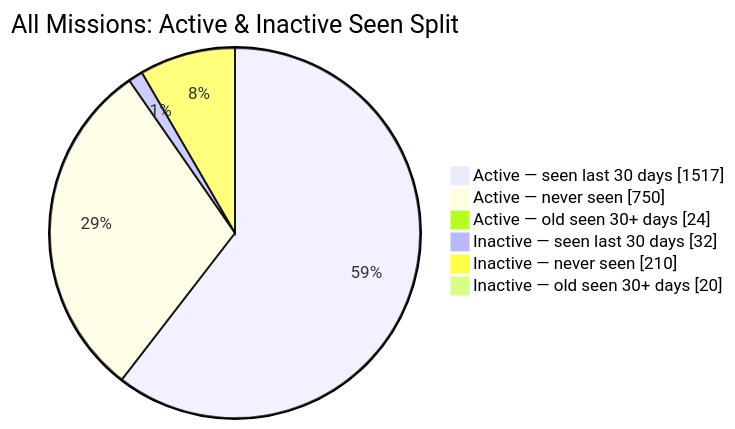
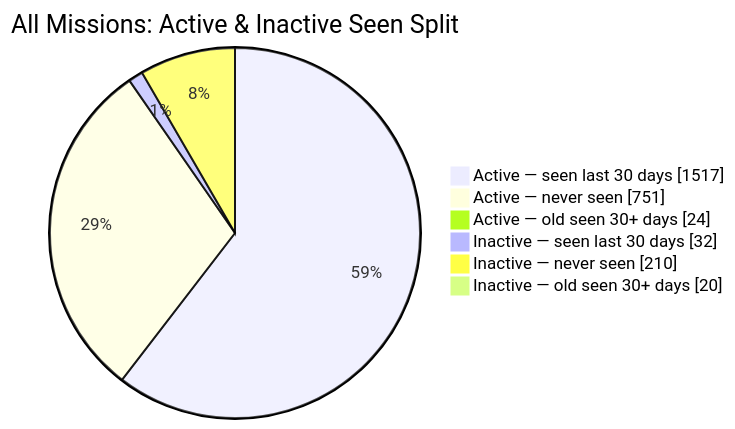
The second of 2 diagrams in README.md (MeldkamerspelGameTeam/active-missions), drawn with Mermaid before and after one commit. The commit also changed other lines of this file and 4 other files, not shown here.

````diff
--- a/README.md
+++ b/README.md
@@ -44,10 +44,10 @@
 ```mermaid
 pie showData
     title All Missions: Active & Inactive Seen Split
     "Active — seen last 30 days" : 1517
-    "Active — never seen" : 750
+    "Active — never seen" : 751
     "Active — old seen 30+ days" : 24
     "Inactive — seen last 30 days" : 32
     "Inactive — never seen" : 210
     "Inactive — old seen 30+ days" : 20
 ```
````
